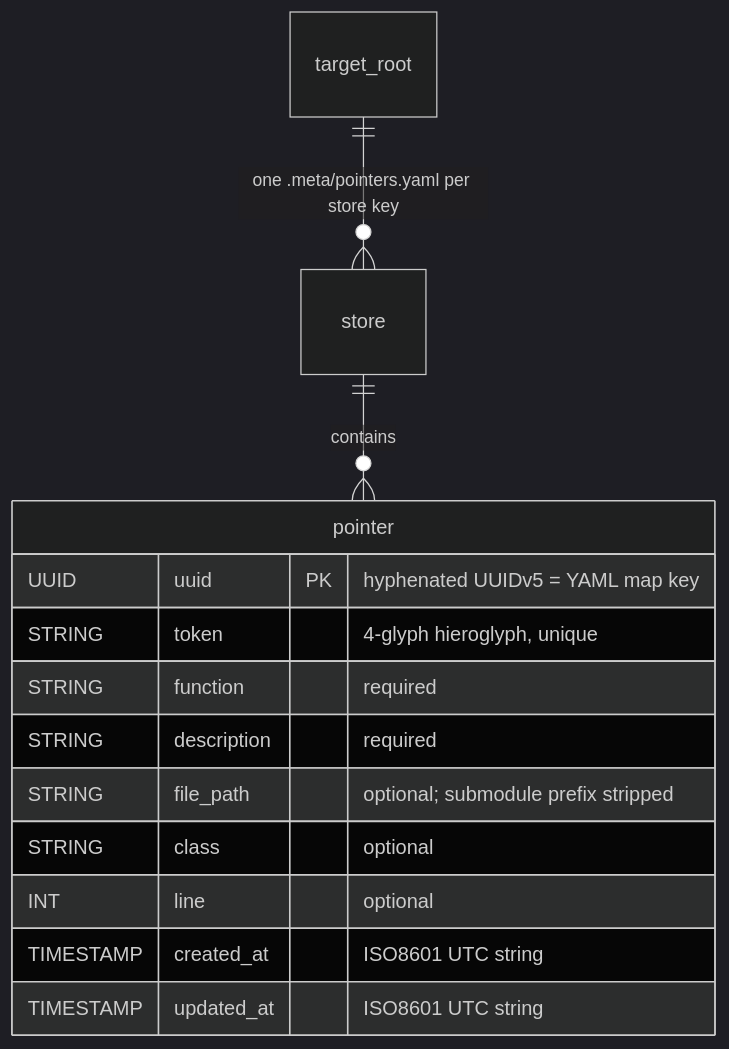
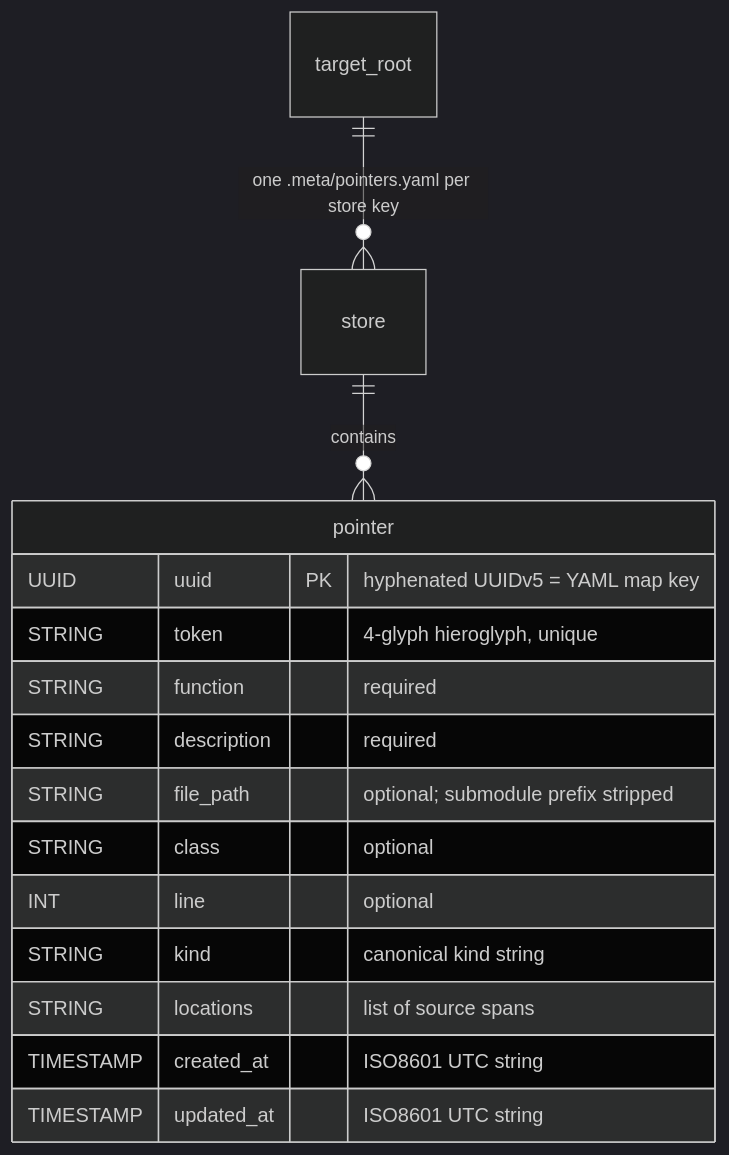
One commit to the-robot-lives/doc-pointers changed the diagram in docs/PROJ-SCHEMA.summary.md. Above: the diagram before and after it, drawn with Mermaid (dark theme). The commit also changed other lines of this file and 8 other files, not shown here.

First line of the commit message:
docs: doc-sweep 2026-10-26 (layout/arch/schema/threat-model)

````diff
--- a/docs/PROJ-SCHEMA.summary.md
+++ b/docs/PROJ-SCHEMA.summary.md
@@ -6,17 +6,19 @@
 ```mermaid
 erDiagram
     target_root ||--o{ store : "one .meta/pointers.yaml per store key"
     store ||--o{ pointer : "contains"
 
     pointer {
         UUID uuid PK "hyphenated UUIDv5 = YAML map key"
         STRING token "4-glyph hieroglyph, unique"
         STRING function "required"
         STRING description "required"
         STRING file_path "optional; submodule prefix stripped"
         STRING class "optional"
         INT line "optional"
+        STRING kind "canonical kind string"
+        STRING locations "list of source spans"
         TIMESTAMP created_at "ISO8601 UTC string"
         TIMESTAMP updated_at "ISO8601 UTC string"
     }
 ```
````
